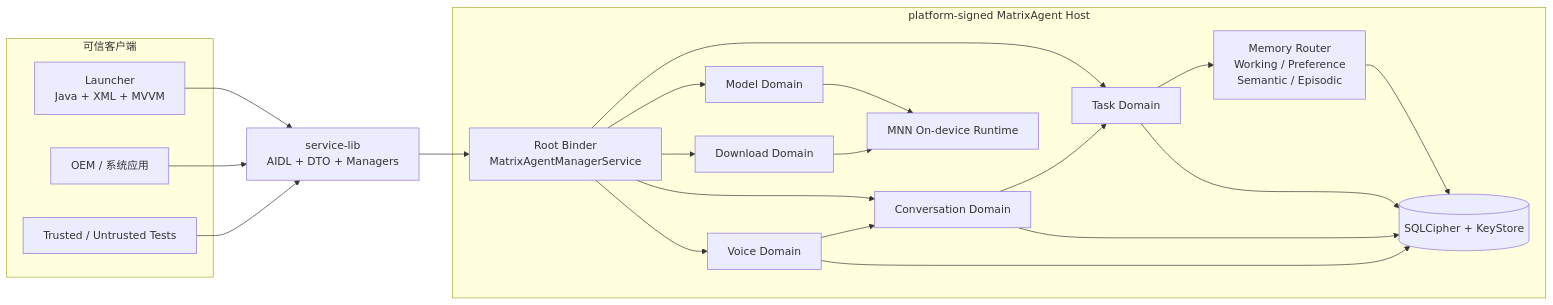
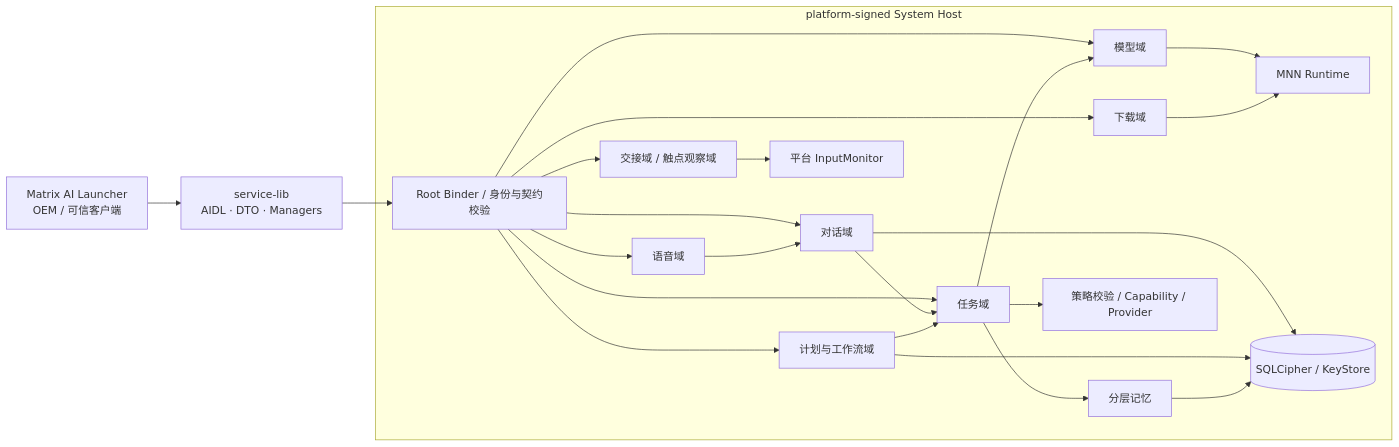
Before and after one commit to Zcorpius/MatrixAgentProject: the diagram in README.md, drawn with Mermaid. The commit also changed other lines of this file and 12 other files, not shown here.

````diff
--- a/README.md
+++ b/README.md
@@ -248,42 +237,27 @@
 ```mermaid
 flowchart LR
-    subgraph Clients[可信客户端]
-        Launcher["Launcher<br/>Java + XML + MVVM"]
-        OEM[OEM / 系统应用]
-        Tests[Trusted / Untrusted Tests]
+    Clients["Matrix AI Launcher<br/>OEM / 可信客户端"] --> SDK["service-lib<br/>AIDL · DTO · Managers"]
+    SDK --> Root
+    subgraph Host["platform-signed System Host"]
+        Root["Root Binder / 身份与契约校验"]
+        Root --> Conversation[对话域]
+        Root --> Task[任务域]
+        Root --> Schedule[计划与工作流域]
+        Root --> Voice[语音域]
+        Root --> Model[模型域]
+        Root --> Download[下载域]
+        Root --> Overlay["交接域 / 触点观察域"]
+        Voice --> Conversation
+        Conversation --> Task
+        Schedule --> Task
+        Task --> Memory[分层记忆]
+        Task --> Policy["策略校验 / Capability / Provider"]
+        Task --> Model
+        Model --> Native[MNN Runtime]
+        Download --> Native
+        Overlay --> Monitor[平台 InputMonitor]
+        Conversation --> Data[(SQLCipher / KeyStore)]
+        Schedule --> Data
+        Memory --> Data
     end
-
-    SDK["service-lib<br/>AIDL + DTO + Managers"]
-
-    subgraph Host[platform-signed MatrixAgent Host]
-        Root["Root Binder<br/>MatrixAgentManagerService"]
-        Task[Task Domain]
-        Conversation[Conversation Domain]
-        Voice[Voice Domain]
-        Model[Model Domain]
-        Download[Download Domain]
-        Memory["Memory Router<br/>Working / Preference<br/>Semantic / Episodic"]
-        Data[(SQLCipher + KeyStore)]
-        Native[MNN On-device Runtime]
-
-        Root --> Task
-        Root --> Conversation
-        Root --> Voice
-        Root --> Model
-        Root --> Download
-        Task --> Memory
-        Memory --> Data
-        Task --> Data
-        Conversation --> Task
-        Conversation --> Data
-        Voice --> Conversation
-        Voice --> Data
-        Model --> Native
-        Download --> Native
-    end
-
-    Launcher --> SDK
-    OEM --> SDK
-    Tests --> SDK
-    SDK --> Root
 ```
````
